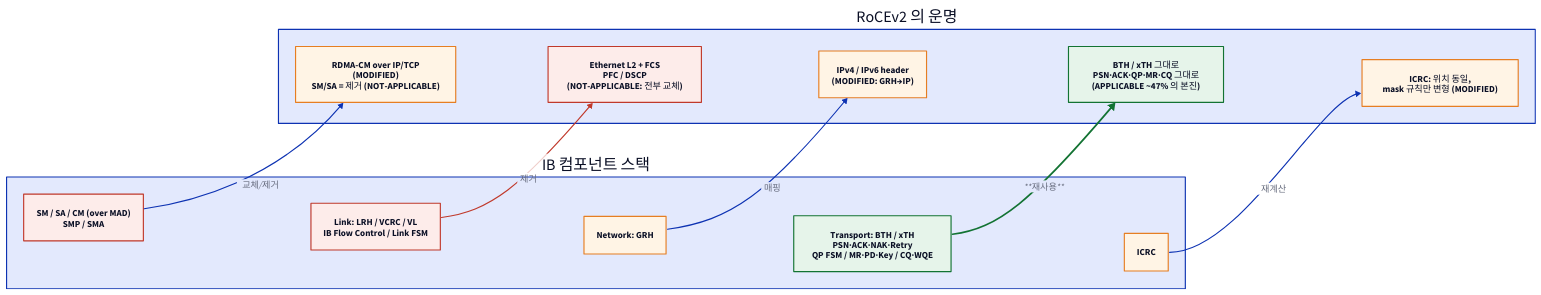
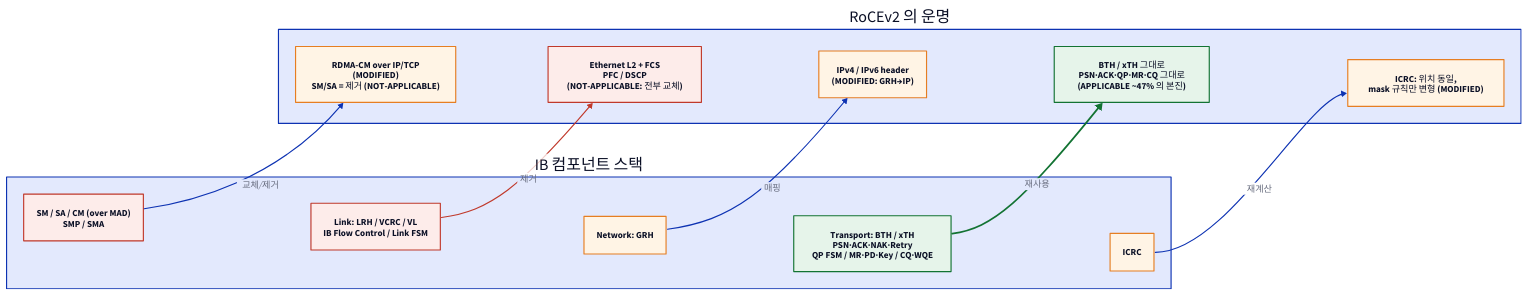
Before and after one commit to humbleowl39/DV_SKOOL: the second of 3 diagrams in starlight_site/src/content/docs/rdma/03_rocev2.md, drawn with D2. The commit also changed 714 other files, not shown here.

First line of the commit message:
fix(site): d2 다이어그램 가독성 결함 6종 일괄 수정

````diff
--- a/starlight_site/src/content/docs/rdma/03_rocev2.md
+++ b/starlight_site/src/content/docs/rdma/03_rocev2.md
@@ -247,29 +247,29 @@
 ```d2
 direction: right
 
 IB: "IB 컴포넌트 스택" {
   direction: down
   mgmt: "SM / SA / CM (over MAD)\nSMP / SMA" { style.fill: "#fdecea"; style.font-color: "#0A0F25"; style.stroke: "#c0392b" }
   lnk: "Link: LRH / VCRC / VL\nIB Flow Control / Link FSM" { style.fill: "#fdecea"; style.font-color: "#0A0F25"; style.stroke: "#c0392b" }
   net: "Network: GRH" { style.fill: "#fff4e5"; style.font-color: "#0A0F25"; style.stroke: "#e67e22" }
   tr: "Transport: BTH / xTH\nPSN·ACK·NAK·Retry\nQP FSM / MR·PD·Key / CQ·WQE" { style.fill: "#e6f4ea"; style.font-color: "#0A0F25"; style.stroke: "#137333" }
   icrc: "ICRC" { style.fill: "#fff4e5"; style.font-color: "#0A0F25"; style.stroke: "#e67e22" }
   mgmt -> lnk -> net -> tr -> icrc { style.opacity: 0 }
 }
 
 ROCE: "RoCEv2 의 운명" {
   direction: down
   r_mgmt: "RDMA-CM over IP/TCP\n(MODIFIED)\nSM/SA = 제거 (NOT-APPLICABLE)" { style.fill: "#fff4e5"; style.font-color: "#0A0F25"; style.stroke: "#e67e22" }
   r_link: "Ethernet L2 + FCS\nPFC / DSCP\n(NOT-APPLICABLE: 전부 교체)" { style.fill: "#fdecea"; style.font-color: "#0A0F25"; style.stroke: "#c0392b" }
   r_net: "IPv4 / IPv6 header\n(MODIFIED: GRH→IP)" { style.fill: "#fff4e5"; style.font-color: "#0A0F25"; style.stroke: "#e67e22" }
   r_tr: "BTH / xTH 그대로\nPSN·ACK·QP·MR·CQ 그대로\n(APPLICABLE ~47% 의 본진)" { style.fill: "#e6f4ea"; style.font-color: "#0A0F25"; style.stroke: "#137333" }
   r_icrc: "ICRC: 위치 동일,\nmask 규칙만 변형 (MODIFIED)" { style.fill: "#fff4e5"; style.font-color: "#0A0F25"; style.stroke: "#e67e22" }
   r_mgmt -> r_link -> r_net -> r_tr -> r_icrc { style.opacity: 0 }
 }
 
 IB.mgmt -> ROCE.r_mgmt: "교체/제거"
 IB.lnk -> ROCE.r_link: "제거" { style.stroke: "#c0392b" }
 IB.net -> ROCE.r_net: "매핑"
-IB.tr -> ROCE.r_tr: "**재사용**" { style.stroke: "#137333"; style.stroke-width: 3 }
+IB.tr -> ROCE.r_tr: "재사용" { style.stroke: "#137333"; style.stroke-width: 3 }
 IB.icrc -> ROCE.r_icrc: "재계산"
 ```
````
